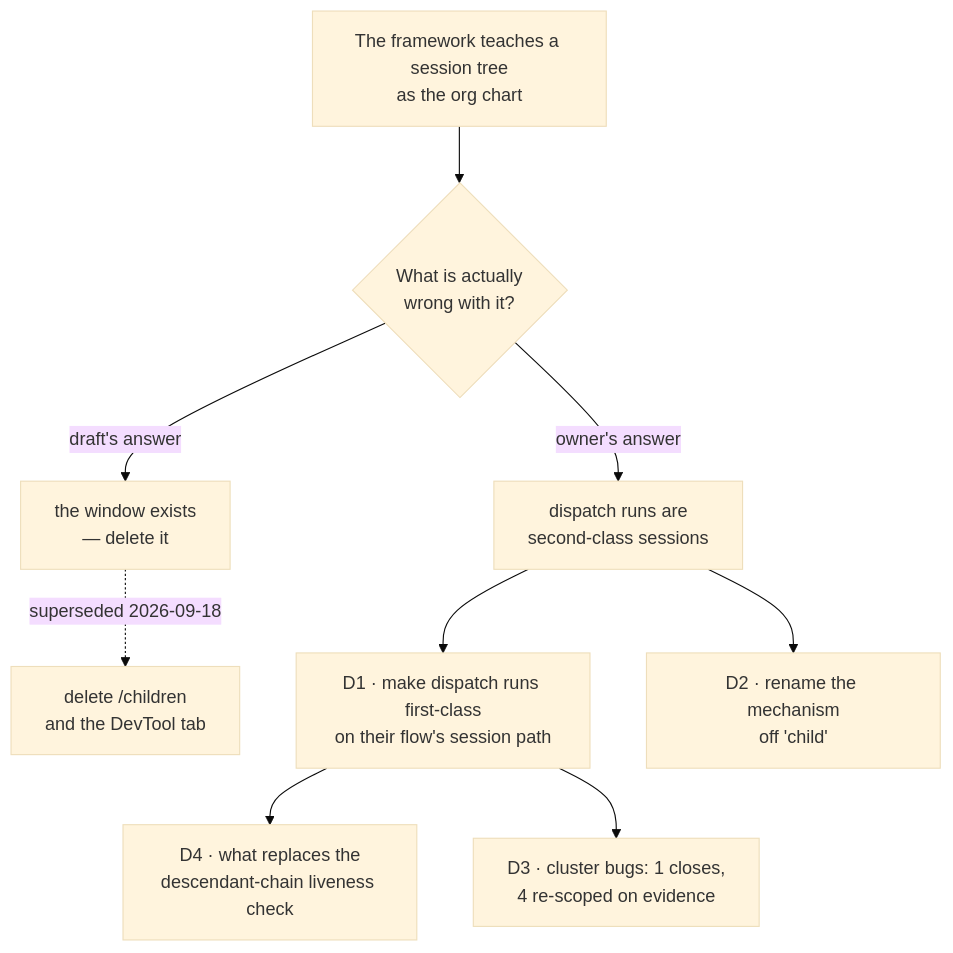
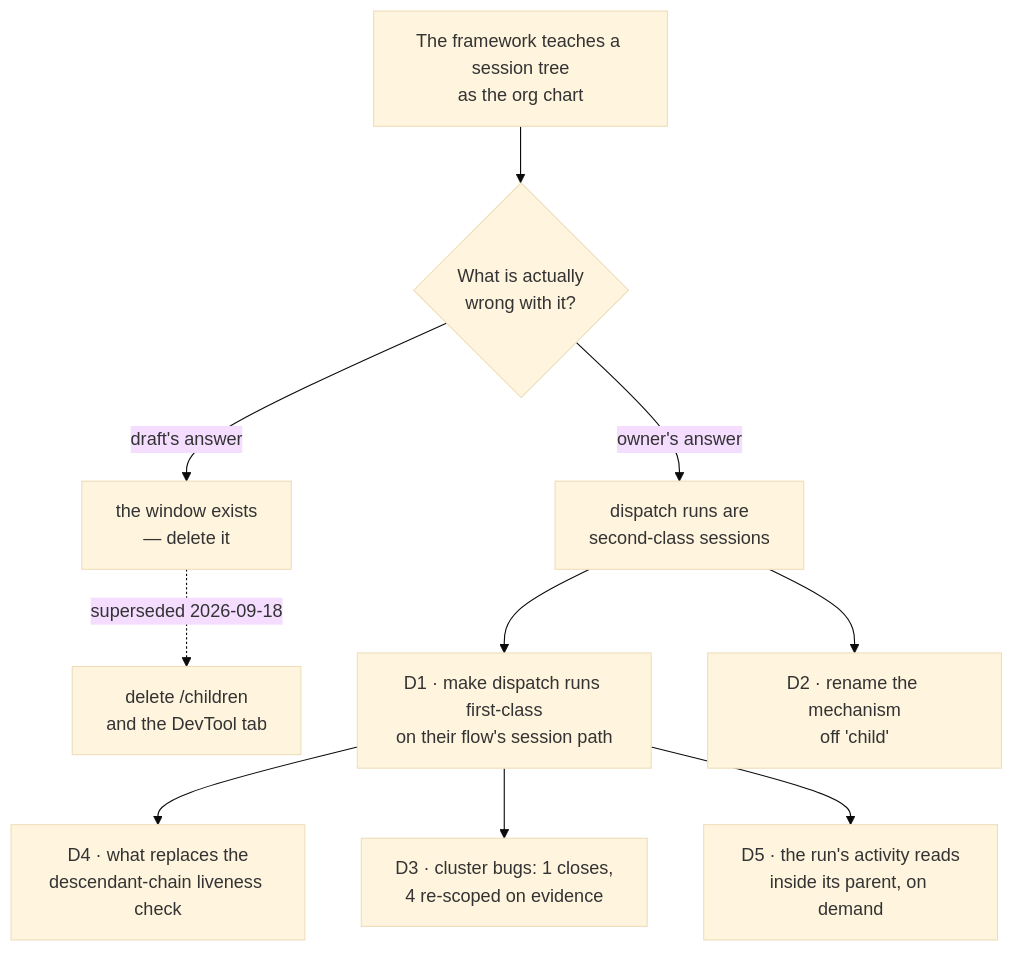
The diagram in spec/FIX-1440/DECISIONS.md (fixpoint-labs/flow-state-dev), drawn with Mermaid (base theme) before and after one commit. The commit also changed other lines of this file and 6 other files, not shown here.

````diff
--- a/spec/FIX-1440/DECISIONS.md
+++ b/spec/FIX-1440/DECISIONS.md
@@ -3,11 +3,12 @@
 ```mermaid
 flowchart TD
   I["The framework teaches a session tree<br/>as the org chart"] --> Q{"What is actually<br/>wrong with it?"}
   Q -->|"draft's answer"| X["the window exists<br/>— delete it"]
   Q -->|"owner's answer"| S["dispatch runs are<br/>second-class sessions"]
   X -.->|"superseded 2026-09-18"| Z["delete /children<br/>and the DevTool tab"]
   S --> D1["D1 · make dispatch runs first-class<br/>on their flow's session path"]
   S --> D2["D2 · rename the mechanism<br/>off 'child'"]
   D1 --> D4["D4 · what replaces the<br/>descendant-chain liveness check"]
   D1 --> D3["D3 · cluster bugs: 1 closes,<br/>4 re-scoped on evidence"]
+  D1 --> D5["D5 · the run's activity reads<br/>inside its parent, on demand"]
 ```
````
